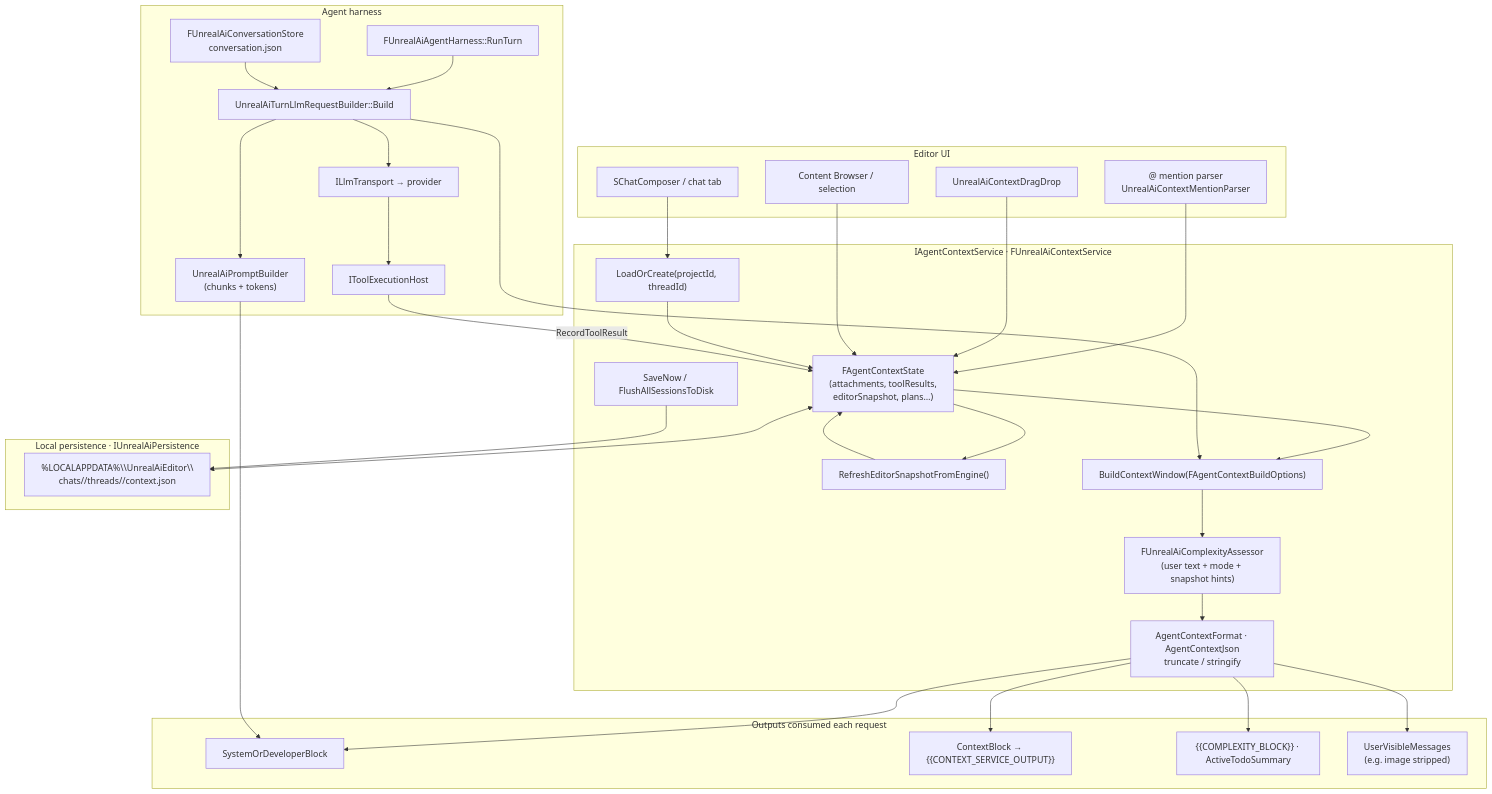
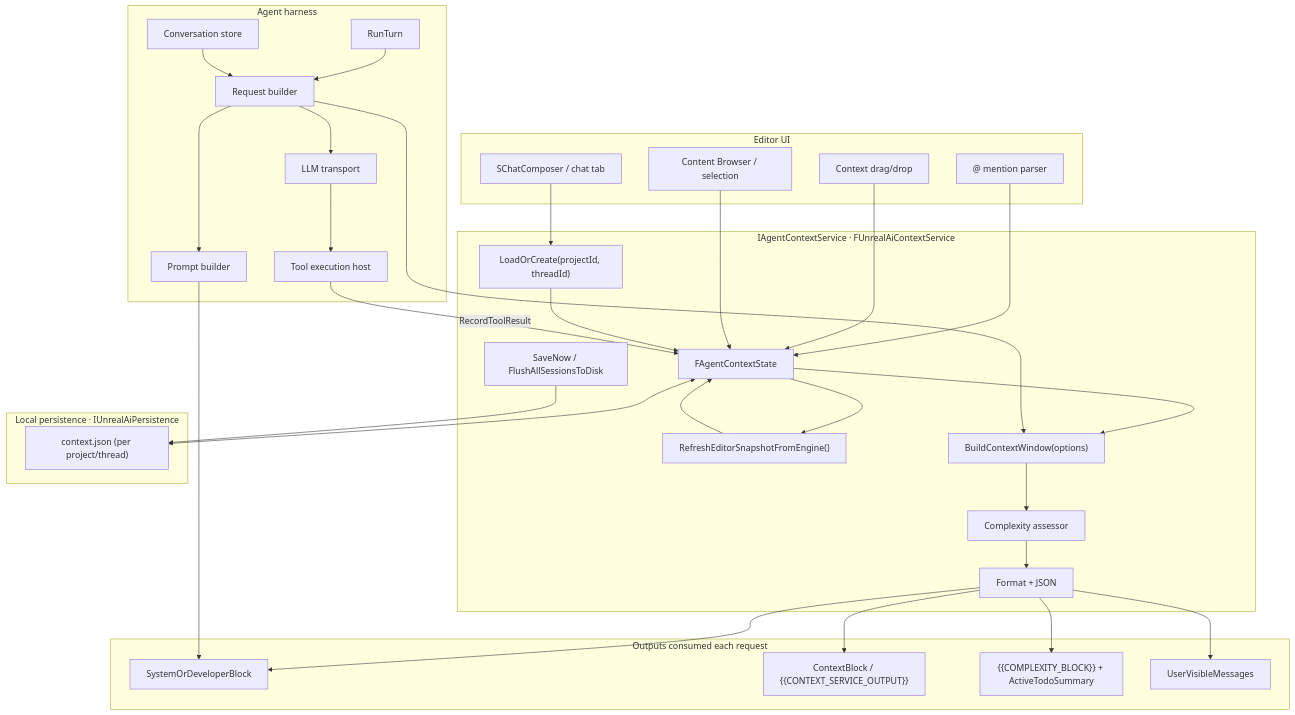
One commit to ChristianWebb0209/unreal-engine-ai-assistant changed the first of 2 diagrams in docs/context-management.md. Above: the diagram before and after it, drawn with Mermaid. The commit also changed other lines of this file and 16 other files, not shown here.

First line of the commit message:
docs/contract: update prompt chunks and headed tooling

````diff
--- a/docs/context-management.md
+++ b/docs/context-management.md
@@ -34,65 +34,65 @@
 ```mermaid
 flowchart TB
   subgraph UI["Editor UI"]
-    SC[SChatComposer / chat tab]
-    Mention["@ mention parser\nUnrealAiContextMentionParser"]
-    DragDrop["UnrealAiContextDragDrop"]
+    SC["SChatComposer / chat tab"]
+    Mention["@ mention parser"]
+    DragDrop["Context drag/drop"]
     CB["Content Browser / selection"]
   end
 
   subgraph CTX["IAgentContextService · FUnrealAiContextService"]
     Load["LoadOrCreate(projectId, threadId)"]
-    State["FAgentContextState\n(attachments, toolResults,\neditorSnapshot, plans…)"]
+    State["FAgentContextState"]
     Snap["RefreshEditorSnapshotFromEngine()"]
-    Build["BuildContextWindow(FAgentContextBuildOptions)"]
-    Assess["FUnrealAiComplexityAssessor\n(user text + mode + snapshot hints)"]
-    Format["AgentContextFormat · AgentContextJson\ntruncate / stringify"]
+    Build["BuildContextWindow(options)"]
+    Assess["Complexity assessor"]
+    Format["Format + JSON"]
     Save["SaveNow / FlushAllSessionsToDisk"]
   end
 
   subgraph Disk["Local persistence · IUnrealAiPersistence"]
-    Path["%LOCALAPPDATA%\\UnrealAiEditor\\\nchats/<project_id>/threads/<thread_id>/context.json"]
+    Path["context.json (per project/thread)"]
   end
 
   subgraph Harness["Agent harness"]
-    Turn["FUnrealAiAgentHarness::RunTurn"]
-    Builder["UnrealAiTurnLlmRequestBuilder::Build"]
-    Prompt["UnrealAiPromptBuilder\n(chunks + tokens)"]
-    Conv["FUnrealAiConversationStore\nconversation.json"]
-    LLM["ILlmTransport → provider"]
-    Tools["IToolExecutionHost"]
+    Turn["RunTurn"]
+    Builder["Request builder"]
+    Prompt["Prompt builder"]
+    Conv["Conversation store"]
+    LLM["LLM transport"]
+    Tools["Tool execution host"]
   end
 
   subgraph Out["Outputs consumed each request"]
     SysDev["SystemOrDeveloperBlock"]
-    CtxBlk["ContextBlock → {{CONTEXT_SERVICE_OUTPUT}}"]
-    Comp["{{COMPLEXITY_BLOCK}} · ActiveTodoSummary"]
-    UVM["UserVisibleMessages\n(e.g. image stripped)"]
+    CtxBlk["ContextBlock / {{CONTEXT_SERVICE_OUTPUT}}"]
+    Comp["{{COMPLEXITY_BLOCK}} + ActiveTodoSummary"]
+    UVM["UserVisibleMessages"]
   end
 
   SC --> Load
   Mention --> State
   DragDrop --> State
   CB --> State
   Load --> State
   State --> Snap
   Snap --> State
   State --> Build
   Build --> Assess
   Assess --> Format
   Format --> SysDev
   Format --> CtxBlk
   Format --> Comp
   Format --> UVM
   State <--> Path
   Save --> Path
 
   Turn --> Builder
   Builder --> Build
   Builder --> Prompt
   Prompt --> SysDev
   Conv --> Builder
   Builder --> LLM
   LLM --> Tools
   Tools -->|"RecordToolResult"| State
 ```
````
